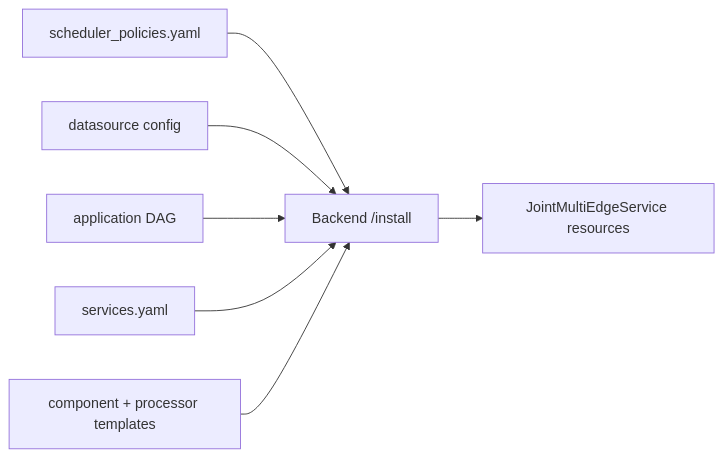
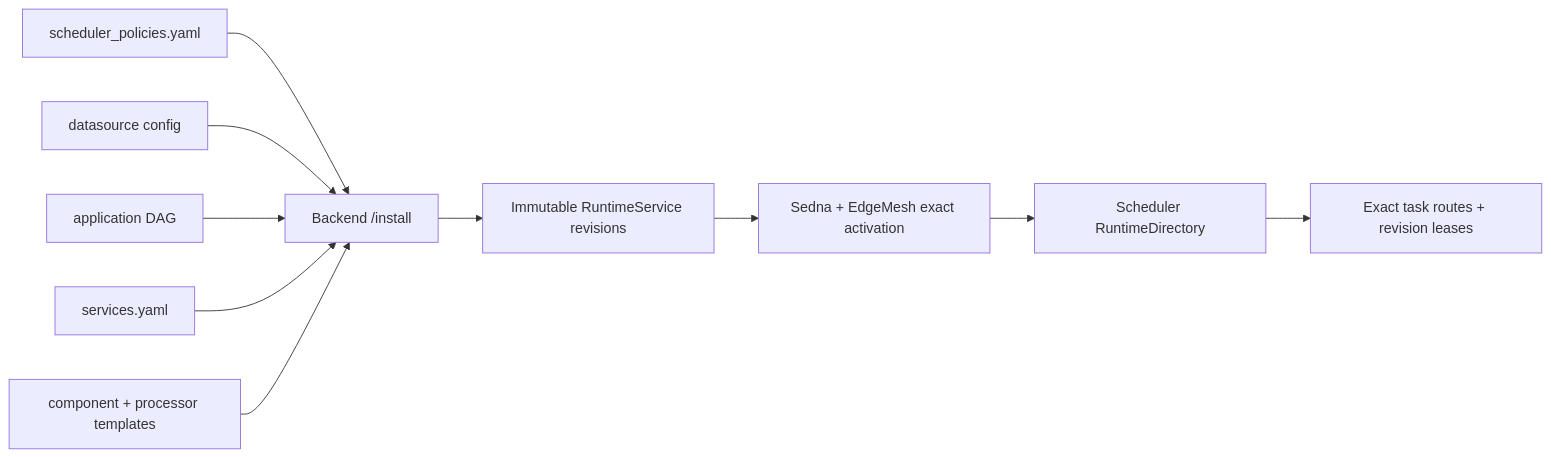
One commit to dayu-autostreamer/dayu changed the diagram in docs/repository-quickstart.md. Above: the diagram before and after it, drawn with Mermaid. The commit also changed other lines of this file and 148 other files, not shown here.

Commit message:
refactor: centralize Kubernetes lifecycle management with immutable RuntimeServices, exact runtime routing, and configurable cloud processor backups

````diff
--- a/docs/repository-quickstart.md
+++ b/docs/repository-quickstart.md
@@ -82,9 +84,12 @@
 ```mermaid
 flowchart LR
     POL["scheduler_policies.yaml"] --> INST["Backend /install"]
     DS["datasource config"] --> INST
     DAG["application DAG"] --> INST
     SVC["services.yaml"] --> INST
     TPL["component + processor templates"] --> INST
-    INST --> KUBE["JointMultiEdgeService resources"]
+    INST --> RTS["Immutable RuntimeService revisions"]
+    RTS --> ACT["Sedna + EdgeMesh exact activation"]
+    ACT --> DIR["Scheduler RuntimeDirectory"]
+    DIR --> TASK["Exact task routes + revision leases"]
 ```
````
